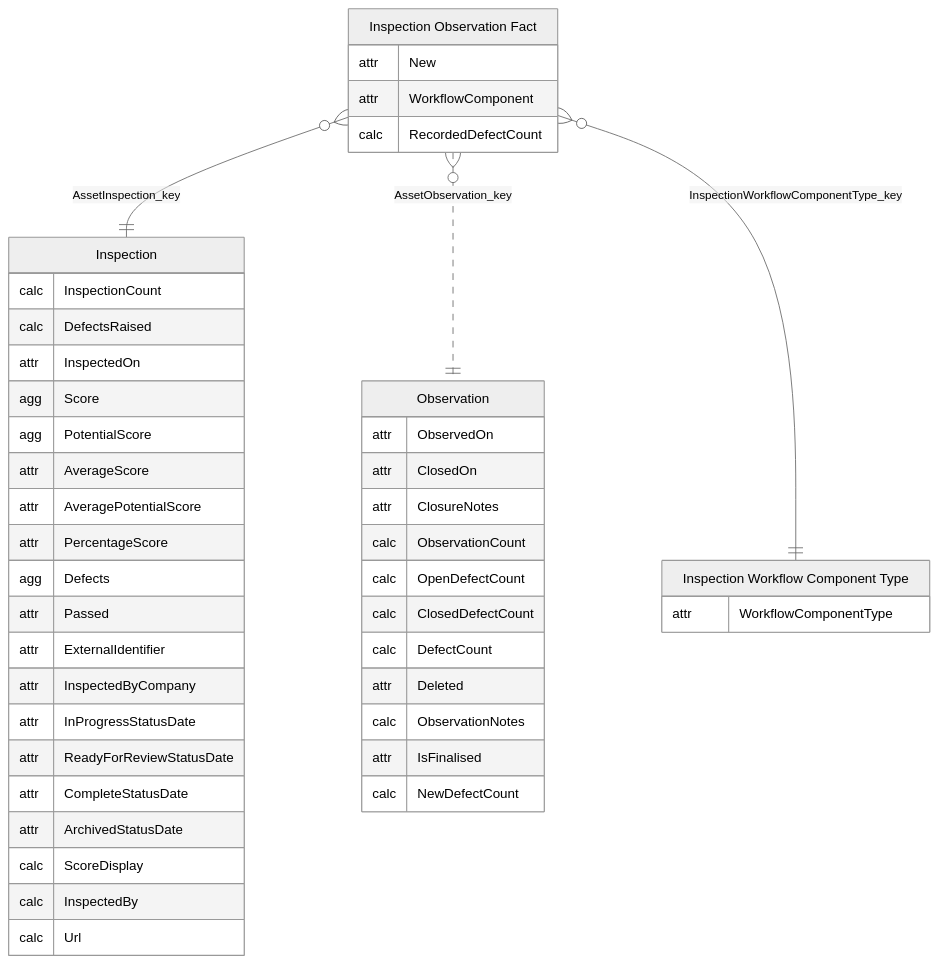
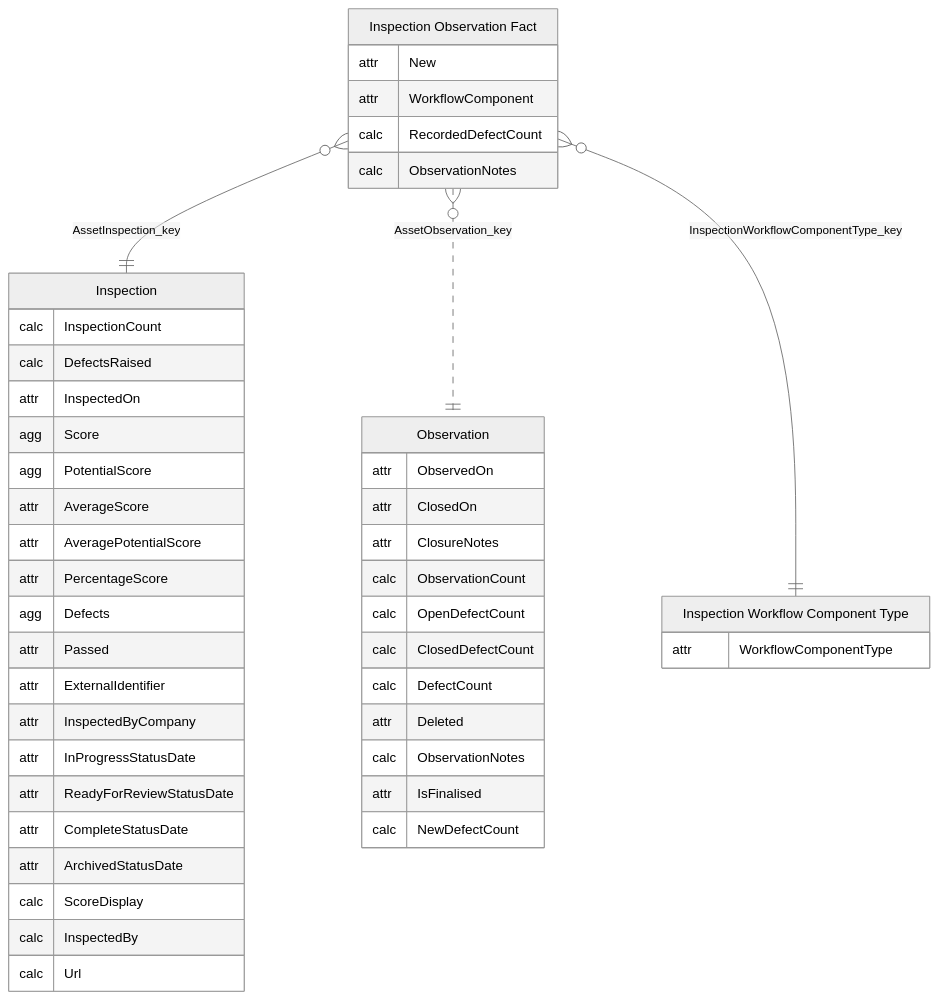
One commit to adrian-work-wallet/BIClient changed the sixth of 14 diagrams in PowerBISamplesModels/Assets.md. Above: the diagram before and after it, drawn with Mermaid. The commit also changed 8 other files, not shown here.

First line of the commit message:
feat(assets): add Observation Notes column and update related visuals

````diff
--- a/PowerBISamplesModels/Assets.md
+++ b/PowerBISamplesModels/Assets.md
@@ -258,52 +258,53 @@
 ```mermaid
 ---
 config:
   theme: neutral
 ---
 erDiagram
     "Inspection Observation Fact" {
         attr New
         attr WorkflowComponent
         calc RecordedDefectCount
+        calc ObservationNotes
     }
     "Observation" {
         attr ObservedOn
         attr ClosedOn
         attr ClosureNotes
         calc ObservationCount
         calc OpenDefectCount
         calc ClosedDefectCount
         calc DefectCount
         attr Deleted
         calc ObservationNotes
         attr IsFinalised
         calc NewDefectCount
     }
     "Inspection" {
         calc InspectionCount
         calc DefectsRaised
         attr InspectedOn
         agg Score
         agg PotentialScore
         attr AverageScore
         attr AveragePotentialScore
         attr PercentageScore
         agg Defects
         attr Passed
         attr ExternalIdentifier
         attr InspectedByCompany
         attr InProgressStatusDate
         attr ReadyForReviewStatusDate
         attr CompleteStatusDate
         attr ArchivedStatusDate
         calc ScoreDisplay
         calc InspectedBy
         calc Url
     }
     "Inspection Workflow Component Type" {
         attr WorkflowComponentType
     }
     "Inspection Observation Fact" }o--|| "Inspection" : "AssetInspection_key"
     "Inspection Observation Fact" }o..|| "Observation" : "AssetObservation_key"
     "Inspection Observation Fact" }o--|| "Inspection Workflow Component Type" : "InspectionWorkflowComponentType_key"
 ```
````
